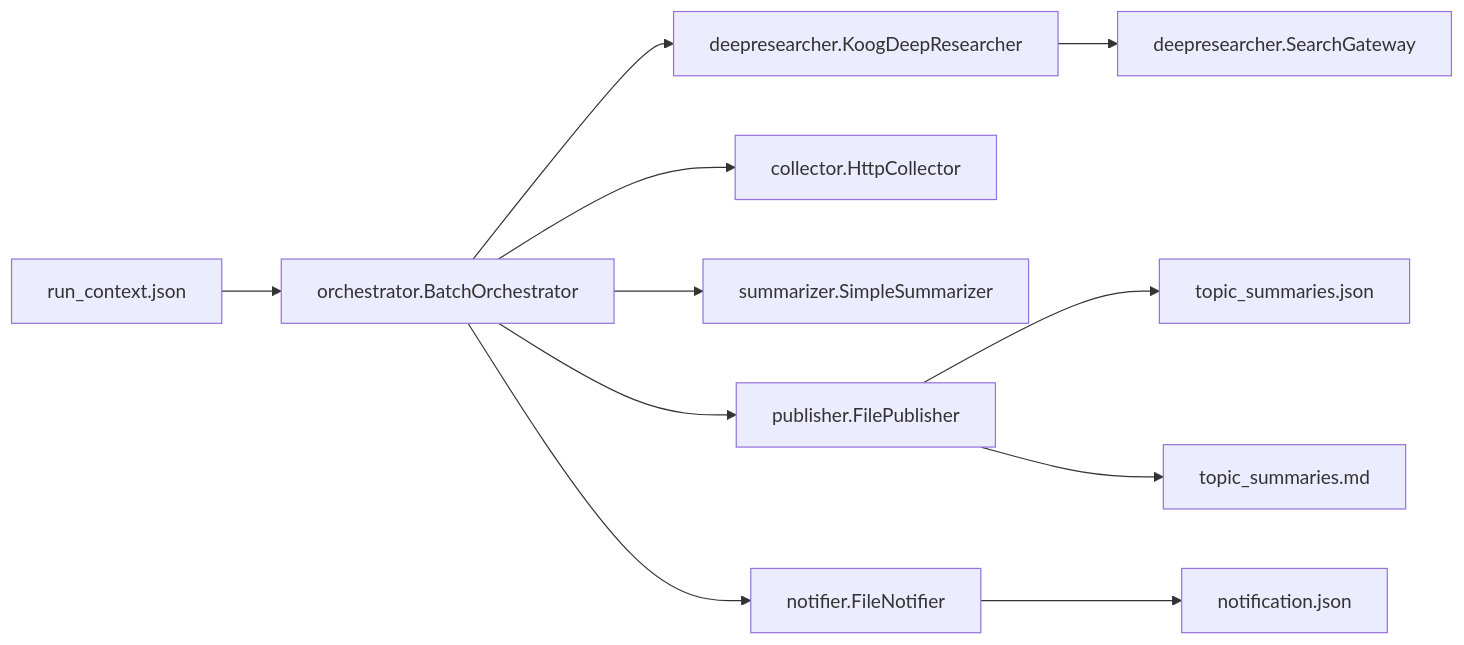
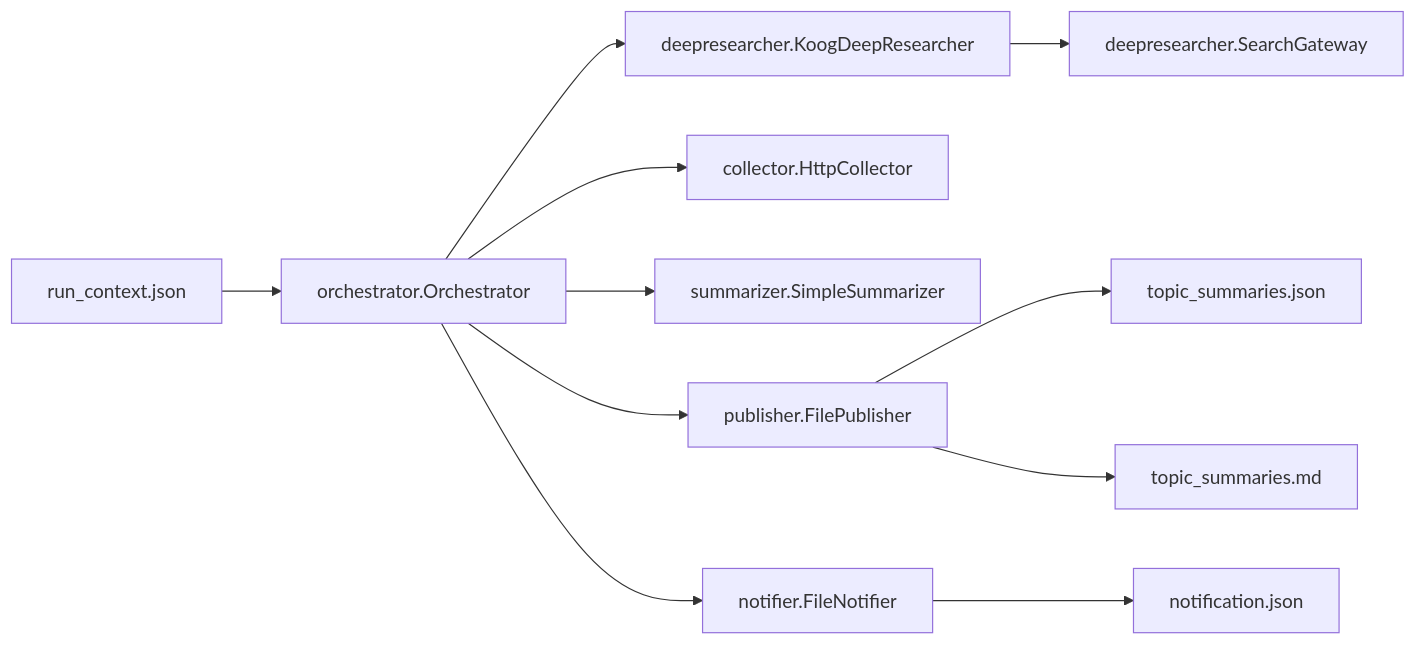
Before and after one commit to hondaya14/bulknews-agent: the first of 2 diagrams in README.md, drawn with Mermaid. The commit also changed other lines of this file and 3 other files, not shown here.

````diff
--- a/README.md
+++ b/README.md
@@ -25,13 +25,13 @@
 ```mermaid
 flowchart LR
-  RC[run_context.json] --> ORCH[orchestrator.BatchOrchestrator]
+  RC[run_context.json] --> ORCH[orchestrator.Orchestrator]
   ORCH --> DR[deepresearcher.KoogDeepResearcher]
   DR --> SG[deepresearcher.SearchGateway]
   ORCH --> COL[collector.HttpCollector]
   ORCH --> SUM[summarizer.SimpleSummarizer]
   ORCH --> PUB[publisher.FilePublisher]
   ORCH --> NOTI[notifier.FileNotifier]
   PUB --> OUTJSON[topic_summaries.json]
   PUB --> OUTMD[topic_summaries.md]
   NOTI --> NOTIF[notification.json]
 ```
````
